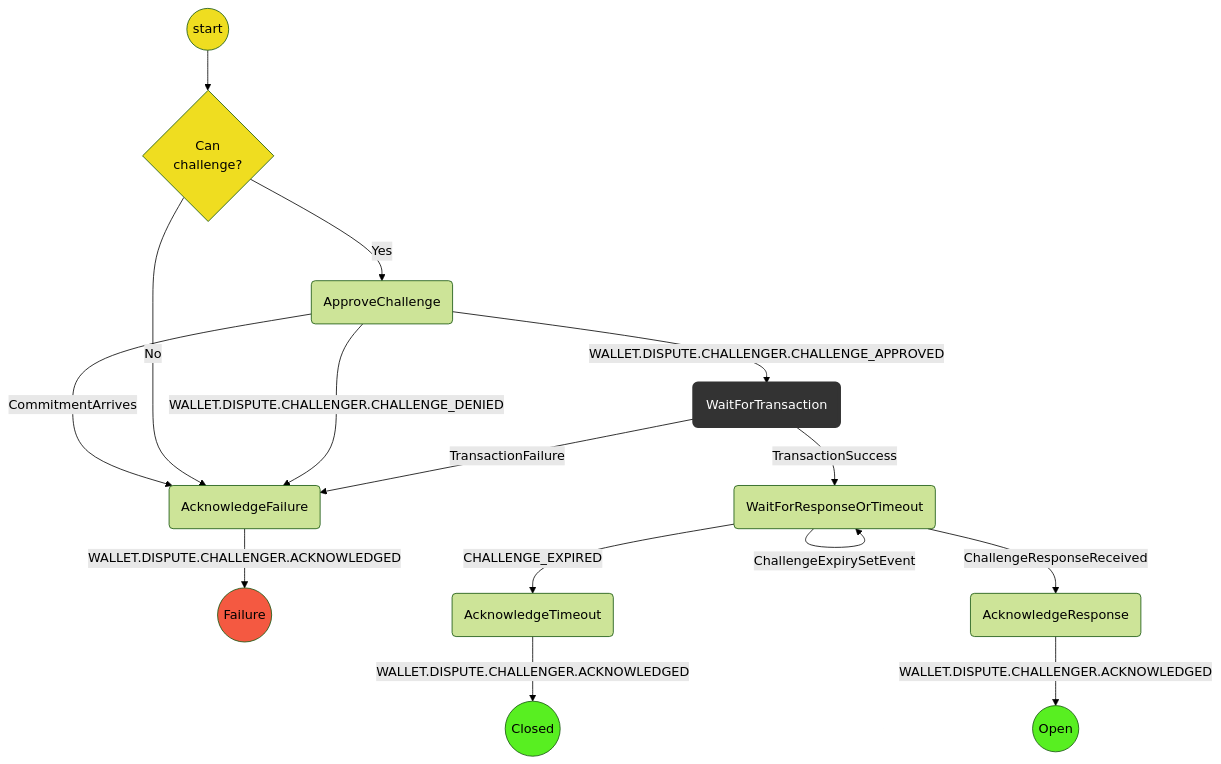
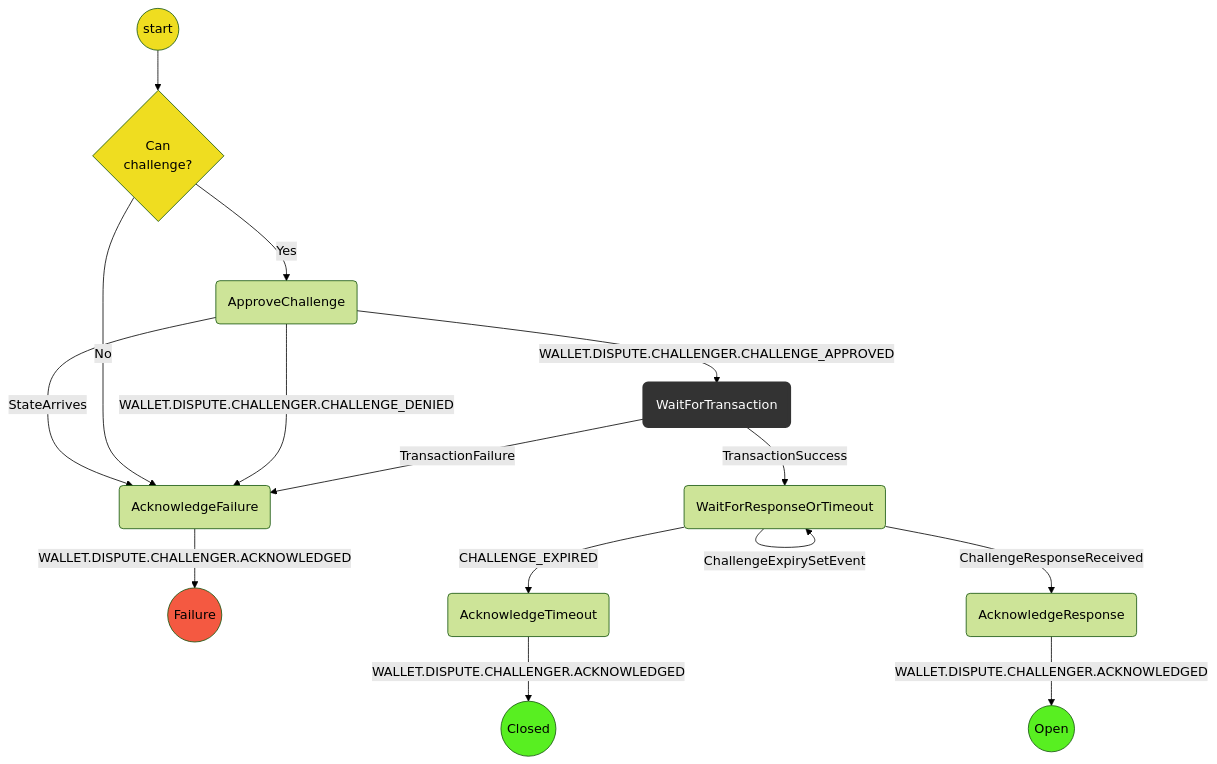
One commit to statechannels/statechannels changed the diagram in packages/wallet/src/redux/protocols/dispute/challenger/readme.md. Above: the diagram before and after it, drawn with Mermaid (forest theme). The commit also changed other lines of this file and 28 other files, not shown here.

````diff
--- a/packages/wallet/src/redux/protocols/dispute/challenger/readme.md
+++ b/packages/wallet/src/redux/protocols/dispute/challenger/readme.md
@@ -19,29 +19,29 @@
 ```mermaid
 graph TD
 linkStyle default interpolate basis
   S((start)) --> CE{Can<br/>challenge?}
   CE --> |Yes| WFA(ApproveChallenge)
-  WFA --> |CommitmentArrives| AF
+  WFA --> |StateArrives| AF
   WFA --> |WALLET.DISPUTE.CHALLENGER.CHALLENGE_APPROVED| WFT(WaitForTransaction)
   CE --> |No| AF
   WFA --> |WALLET.DISPUTE.CHALLENGER.CHALLENGE_DENIED| AF(AcknowledgeFailure)
   AF --> |WALLET.DISPUTE.CHALLENGER.ACKNOWLEDGED| F((Failure))
   WFT --> |TransactionSuccess| WFRT(WaitForResponseOrTimeout)
   WFT --> |TransactionFailure| AF
   WFRT --> |CHALLENGE_EXPIRED| AT(AcknowledgeTimeout)
 
 
   WFRT -->|ChallengeExpirySetEvent| WFRT
   AT --> |WALLET.DISPUTE.CHALLENGER.ACKNOWLEDGED| SD((Closed))
 
   WFRT --> |ChallengeResponseReceived| AR(AcknowledgeResponse)
   AR --> |WALLET.DISPUTE.CHALLENGER.ACKNOWLEDGED| SP((Open))
   classDef logic fill:#efdd20;
   classDef Success fill:#58ef21;
   classDef Failure fill:#f45941;
   classDef WaitForChildProtocol stroke:#333,stroke-width:4px,color:#ffff,fill:#333;
   class S,CE logic;
   class SP,SD Success;
   class F Failure;
   class WFT,D WaitForChildProtocol;
 ```
````
